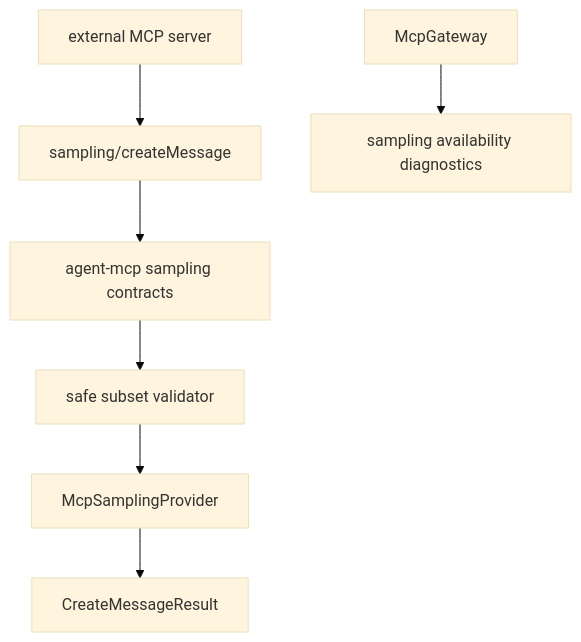
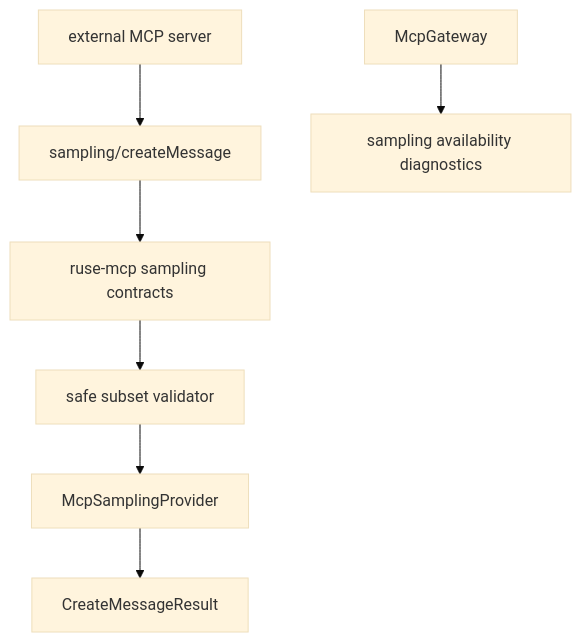
One commit to poneding/agent changed the diagram in docs/specs/M40-mcp-sampling-runtime.spec.md. Above: the diagram before and after it, drawn with Mermaid (base theme). The commit also changed other lines of this file and 2091 other files, not shown here.

First line of the commit message:
refactor: rename agent branding to ruse

````diff
--- a/docs/specs/M40-mcp-sampling-runtime.spec.md
+++ b/docs/specs/M40-mcp-sampling-runtime.spec.md
@@ -40,9 +40,9 @@
 ```mermaid
 flowchart TD
   Server["external MCP server"] --> Request["sampling/createMessage"]
-  Request --> Contracts["agent-mcp sampling contracts"]
+  Request --> Contracts["ruse-mcp sampling contracts"]
   Contracts --> Validator["safe subset validator"]
   Validator --> Provider["McpSamplingProvider"]
   Provider --> Result["CreateMessageResult"]
   Gateway["McpGateway"] --> Diagnostics["sampling availability diagnostics"]
 ```
````
